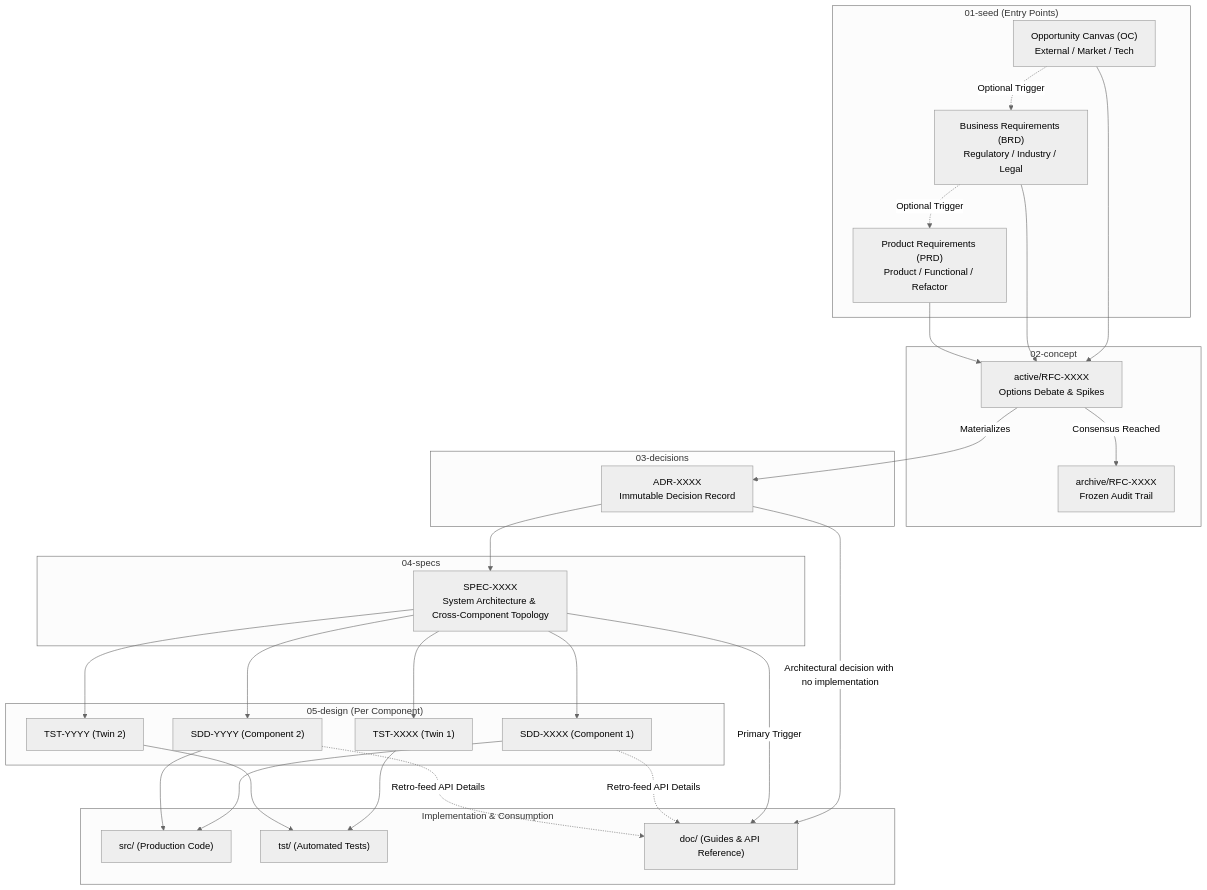
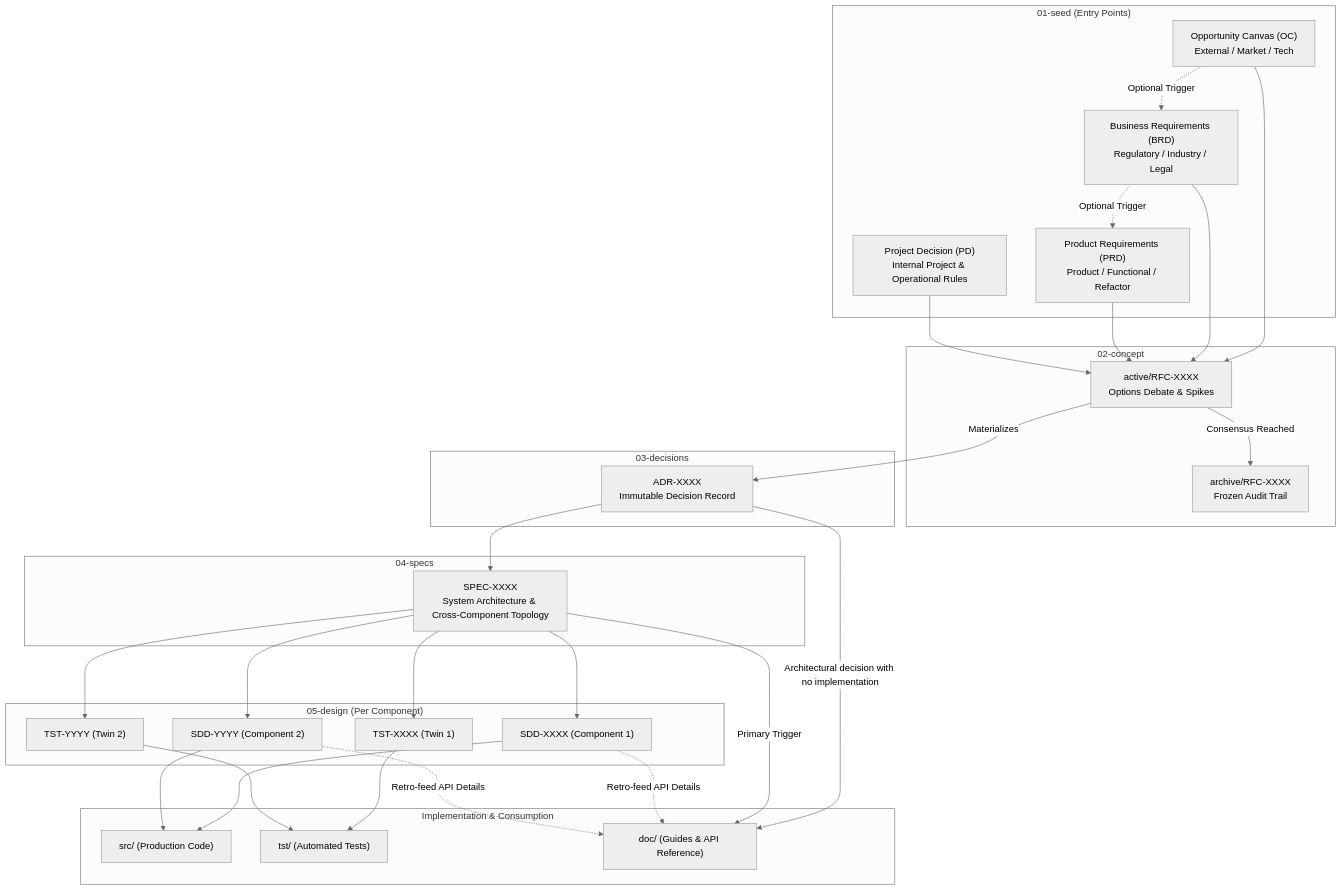
The first of 2 diagrams in arch/02-concept/active/RFC-0001-workflow.md (criscarneirocwb/eoc-framework), drawn with Mermaid (neutral theme) before and after one commit. The commit also changed other lines of this file and 1 other file, not shown here.

Commit message:
Adding the seed Project Decision (PD)

````diff
--- a/arch/02-concept/active/RFC-0001-workflow.md
+++ b/arch/02-concept/active/RFC-0001-workflow.md
@@ -34,54 +34,56 @@
 ```mermaid
 flowchart TD
     subgraph Seed["01-seed (Entry Points)"]
         OC["Opportunity Canvas (OC)<br/>External / Market / Tech"]
         BR["Business Requirements (BRD)<br/>Regulatory / Industry / Legal"]
         PR["Product Requirements (PRD)<br/>Product / Functional / Refactor"]
+        PD["Project Decision (PD)<br/>Internal Project & Operational Rules"]
         OC -.->|Optional Trigger| BR
         BR -.->|Optional Trigger| PR
     end
 
     subgraph Concept["02-concept"]
         RFC_Active["active/RFC-XXXX<br/>Options Debate & Spikes"]
         RFC_Archive["archive/RFC-XXXX<br/>Frozen Audit Trail"]
         RFC_Active -->|Consensus Reached| RFC_Archive
     end
 
     subgraph Decisions["03-decisions"]
         ADR["ADR-XXXX<br/>Immutable Decision Record"]
     end
 
     subgraph Specs["04-specs"]
         SPEC["SPEC-XXXX<br/>System Architecture & Cross-Component Topology"]
     end
 
     subgraph Design["05-design (Per Component)"]
         SDD1["SDD-XXXX (Component 1)"]
         TST1["TST-XXXX (Twin 1)"]
         SDD2["SDD-YYYY (Component 2)"]
         TST2["TST-YYYY (Twin 2)"]
     end
 
     subgraph Execution["Implementation & Consumption"]
         SRC["src/ (Production Code)"]
         TST["tst/ (Automated Tests)"]
         DOC["doc/ (Guides & API Reference)"]
     end
 
     %% Invariant Macro Flow
     OC --> RFC_Active
     BR --> RFC_Active
     PR --> RFC_Active
+    PD --> RFC_Active
 
     RFC_Active -->|Materializes| ADR
     ADR --> SPEC
     ADR -->|Architectural decision with no implementation| DOC
     SPEC --> SDD1 & TST1
     SPEC --> SDD2 & TST2
 
     %% Downstream Hand-offs
     SDD1 & SDD2 --> SRC
     TST1 & TST2 --> TST
     SPEC -->|Primary Trigger| DOC
     SDD1 & SDD2 -.->|Retro-feed API Details| DOC
 ```
````
